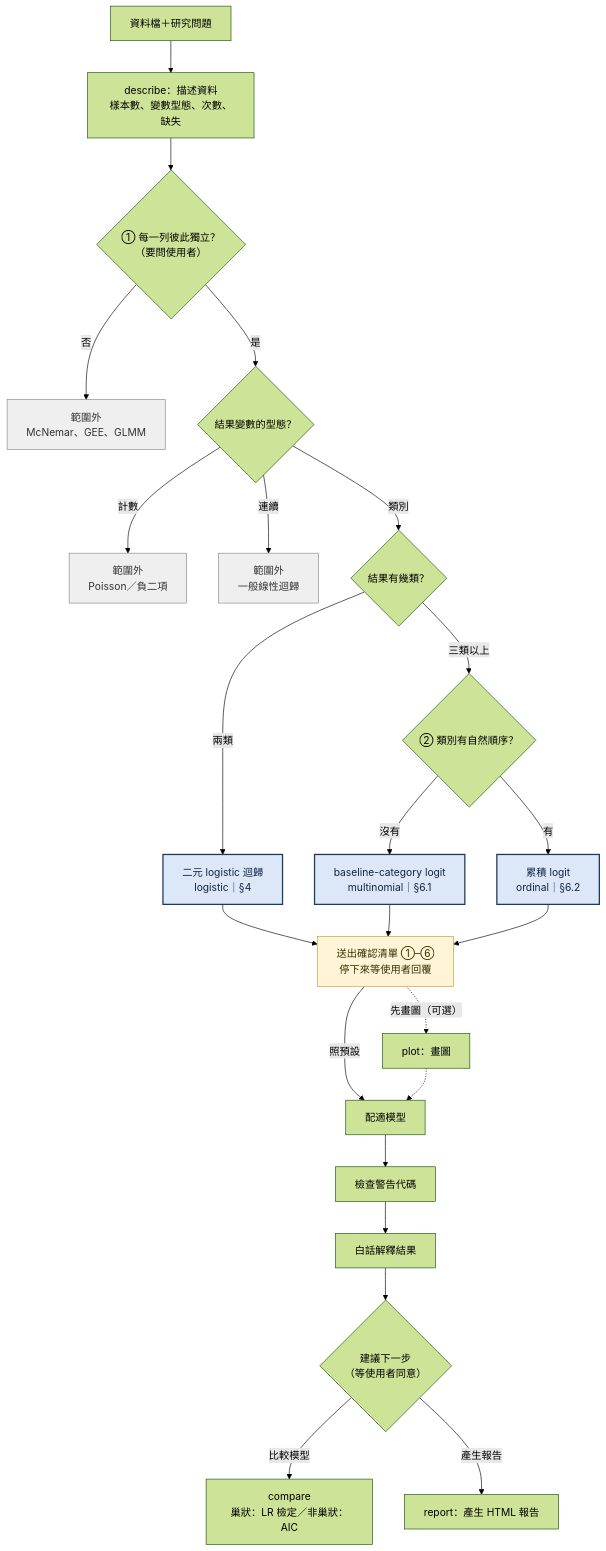
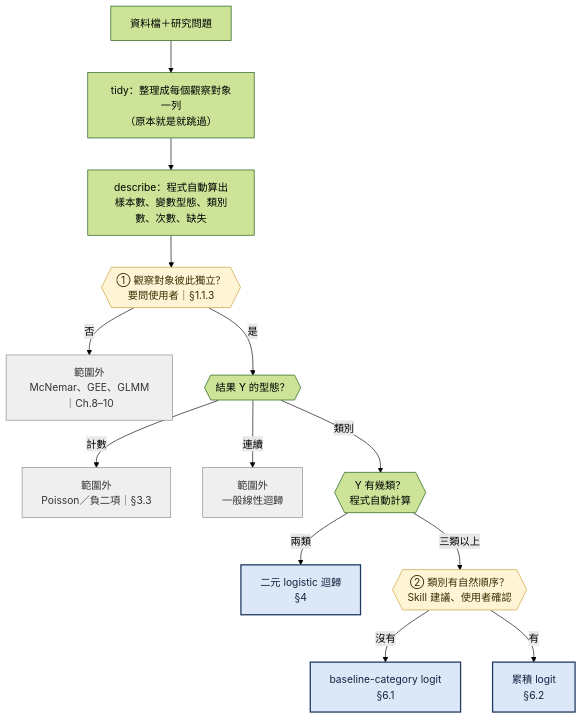
Before and after one commit to r26141104/categorical-modeling: the first of 2 diagrams in references/decision-tree.md, drawn with Mermaid (forest theme). The commit also changed other lines of this file and 14 other files, not shown here.

````diff
--- a/references/decision-tree.md
+++ b/references/decision-tree.md
@@ -14,32 +18,22 @@
 ```mermaid
 flowchart TD
- A["資料檔＋研究問題"] --> B["describe：描述資料<br>樣本數、變數型態、次數、缺失"]
- B --> C{"① 每一列彼此獨立？<br>（要問使用者）"}
- C -->|否| Z1["範圍外<br>McNemar、GEE、GLMM"]
- C -->|是| E{"結果變數的型態？"}
- E -->|計數| Z2["範圍外<br>Poisson／負二項"]
+ A0["資料檔＋研究問題"] --> A1["tidy：整理成每個觀察對象一列<br>（原本就是就跳過）"]
+ A1 --> B["describe：程式自動算出<br>樣本數、變數型態、類別數、次數、缺失"]
+ B --> C{{"① 觀察對象彼此獨立？<br>要問使用者｜§1.1.3"}}
+ C -->|否| Z1["範圍外<br>McNemar、GEE、GLMM｜Ch.8–10"]
+ C -->|是| E{{"結果 Y 的型態？"}}
+ E -->|計數| Z2["範圍外<br>Poisson／負二項｜§3.3"]
  E -->|連續| Z3["範圍外<br>一般線性迴歸"]
- E -->|類別| F{"結果有幾類？"}
- F -->|兩類| M1["二元 logistic 迴歸<br>logistic｜§4"]
- F -->|三類以上| G{"② 類別有自然順序？"}
- G -->|沒有| M2["baseline-category logit<br>multinomial｜§6.1"]
- G -->|有| M3["累積 logit<br>ordinal｜§6.2"]
- M1 --> K["送出確認清單 ①–⑥<br>停下來等使用者回覆"]
- M2 --> K
- M3 --> K
- K -.->|先畫圖（可選）| P["plot：畫圖"]
- K -->|照預設| L["配適模型"]
- P -.-> L
- L --> W["檢查警告代碼"]
- W --> R["白話解釋結果"]
- R --> Q{"建議下一步<br>（等使用者同意）"}
- Q -->|比較模型| T["compare<br>巢狀：LR 檢定／非巢狀：AIC"]
- Q -->|產生報告| V["report：產生 HTML 報告"]
+ E -->|類別| F{{"Y 有幾類？<br>程式自動計算"}}
+ F -->|兩類| M1["二元 logistic 迴歸<br>§4"]
+ F -->|三類以上| G{{"② 類別有自然順序？<br>Skill 建議、使用者確認"}}
+ G -->|沒有| M2["baseline-category logit<br>§6.1"]
+ G -->|有| M3["累積 logit<br>§6.2"]
 
  classDef ask fill:#FFF4D6,stroke:#C99A2E,color:#3A2E00
  classDef model fill:#DCE8F7,stroke:#1F3A5F,stroke-width:2px,color:#10233F
  classDef stop fill:#EFEFEF,stroke:#888,color:#333
- class K ask
+ class C,G ask
  class M1,M2,M3 model
  class Z1,Z2,Z3 stop
 ```
````
